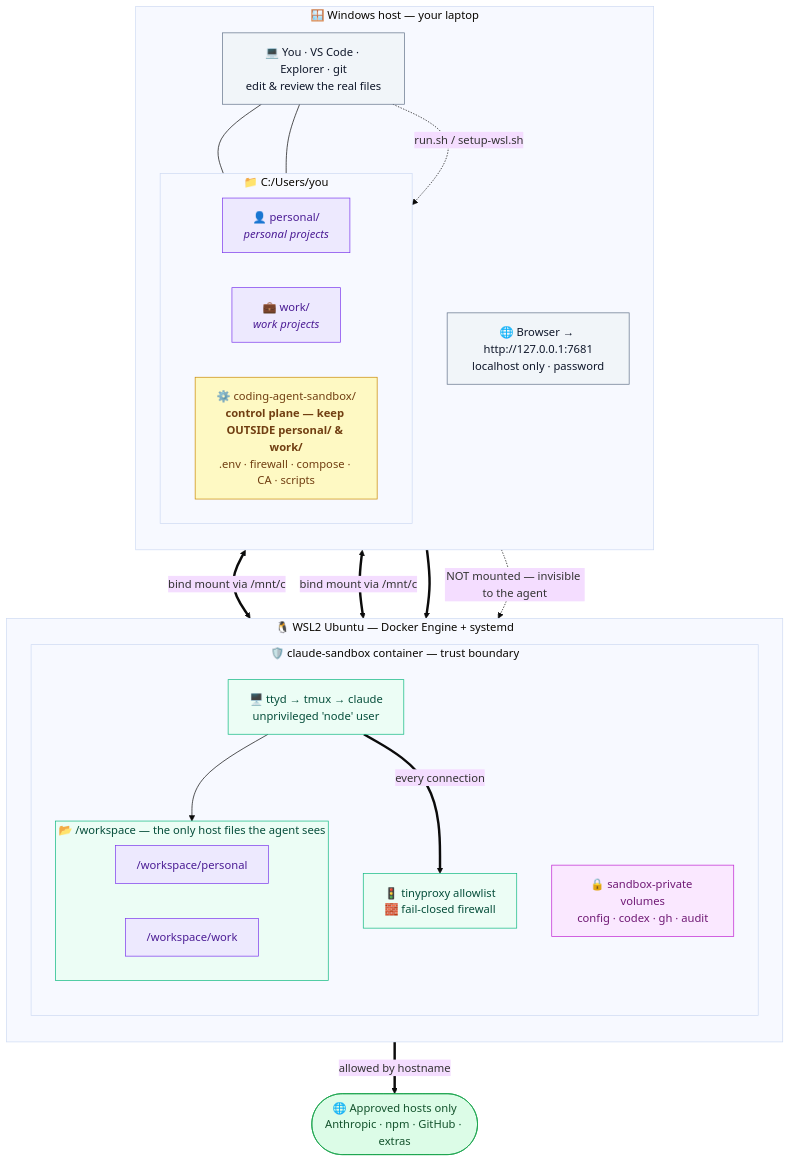
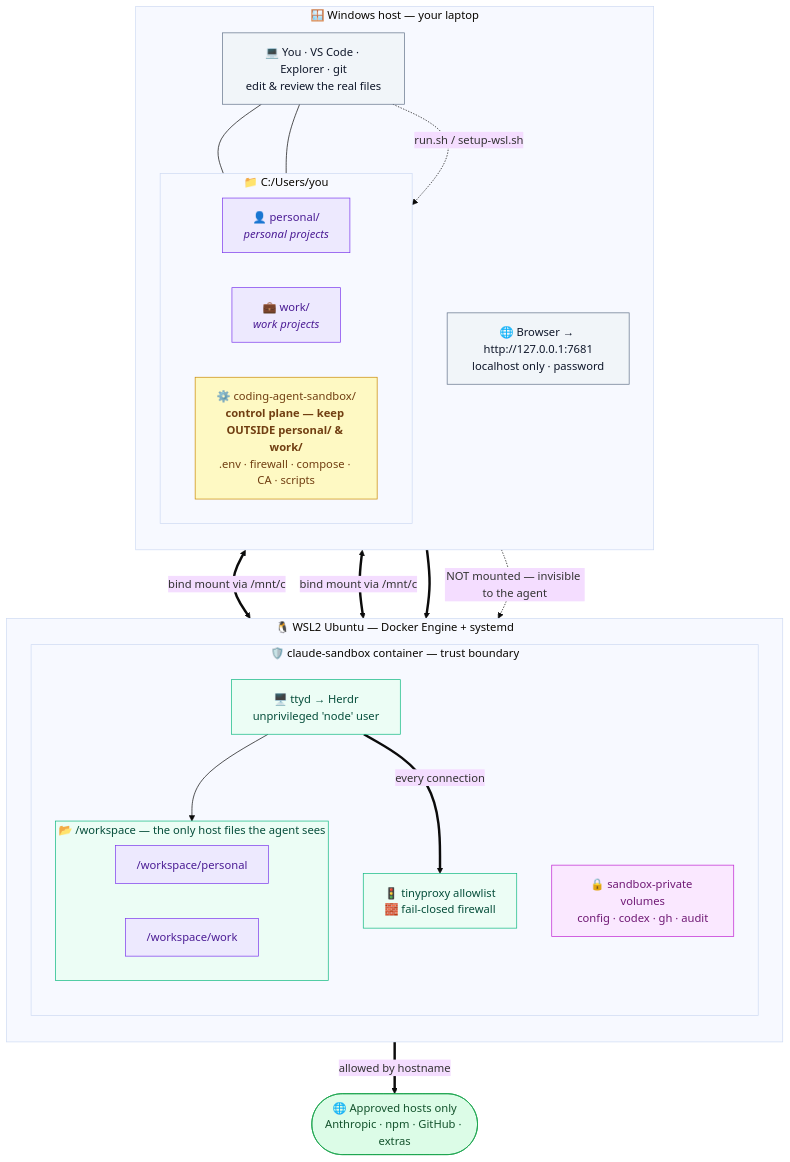
One commit to maximalfocus/coding-agent-sandbox changed the diagram in docs/architecture/system-design.md. Above: the diagram before and after it, drawn with Mermaid (base theme). The commit also changed 15 other files, not shown here.

````diff
--- a/docs/architecture/system-design.md
+++ b/docs/architecture/system-design.md
@@ -7,57 +7,57 @@
 ```mermaid
 flowchart TB
   subgraph WIN["🪟 Windows host — your laptop"]
     direction TB
     DEV["💻 You · VS Code · Explorer · git<br/>edit &amp; review the real files"]
     subgraph HOME["📁 C:/Users/you"]
       direction LR
       PERSONALH["👤 personal/<br/><i>personal projects</i>"]
       WORKH["💼 work/<br/><i>work projects</i>"]
       REPO["⚙️ coding-agent-sandbox/<br/><b>control plane — keep OUTSIDE personal/ &amp; work/</b><br/>.env · firewall · compose · CA · scripts"]
     end
     BROWSER["🌐 Browser → http://127.0.0.1:7681<br/>localhost only · password"]
   end
 
   subgraph WSL["🐧 WSL2 Ubuntu — Docker Engine + systemd"]
     direction TB
     subgraph BOX["🛡️ claude-sandbox container — trust boundary"]
       direction TB
-      TTYD["🖥️ ttyd → tmux → claude<br/>unprivileged 'node' user"]
+      TTYD["🖥️ ttyd → Herdr<br/>unprivileged 'node' user"]
       subgraph WSP["📂 /workspace — the only host files the agent sees"]
         direction LR
         PERSONALC["/workspace/personal"]
         WORKC["/workspace/work"]
       end
       VOLS["🔒 sandbox-private volumes<br/>config · codex · gh · audit"]
       PROXY["🚦 tinyproxy allowlist<br/>🧱 fail-closed firewall"]
     end
   end
 
   NET(["🌐 Approved hosts only<br/>Anthropic · npm · GitHub · extras"])
 
   PERSONALH <==>|bind mount via /mnt/c| PERSONALC
   WORKH <==>|bind mount via /mnt/c| WORKC
   REPO -. "NOT mounted — invisible to the agent" .-> BOX
 
   DEV --- PERSONALH
   DEV --- WORKH
   DEV -.->|run.sh / setup-wsl.sh| REPO
   BROWSER ==> TTYD
   TTYD --> WSP
   TTYD ==>|every connection| PROXY
   PROXY ==>|allowed by hostname| NET
 
   classDef dev fill:#f1f5f9,stroke:#64748b,color:#0f172a;
   classDef repo fill:#fef9c3,stroke:#ca8a04,color:#713f12;
   classDef tree fill:#ede9fe,stroke:#7c3aed,color:#4c1d95;
   classDef box fill:#ecfdf5,stroke:#10b981,color:#064e3b;
   classDef vol fill:#fae8ff,stroke:#c026d3,color:#701a75;
   classDef net fill:#dcfce7,stroke:#16a34a,color:#14532d;
 
   class DEV,BROWSER dev;
   class PERSONALH,WORKH,PERSONALC,WORKC tree;
   class REPO repo;
   class TTYD,WSP,PROXY box;
   class VOLS vol;
   class NET net;
 ```
````
